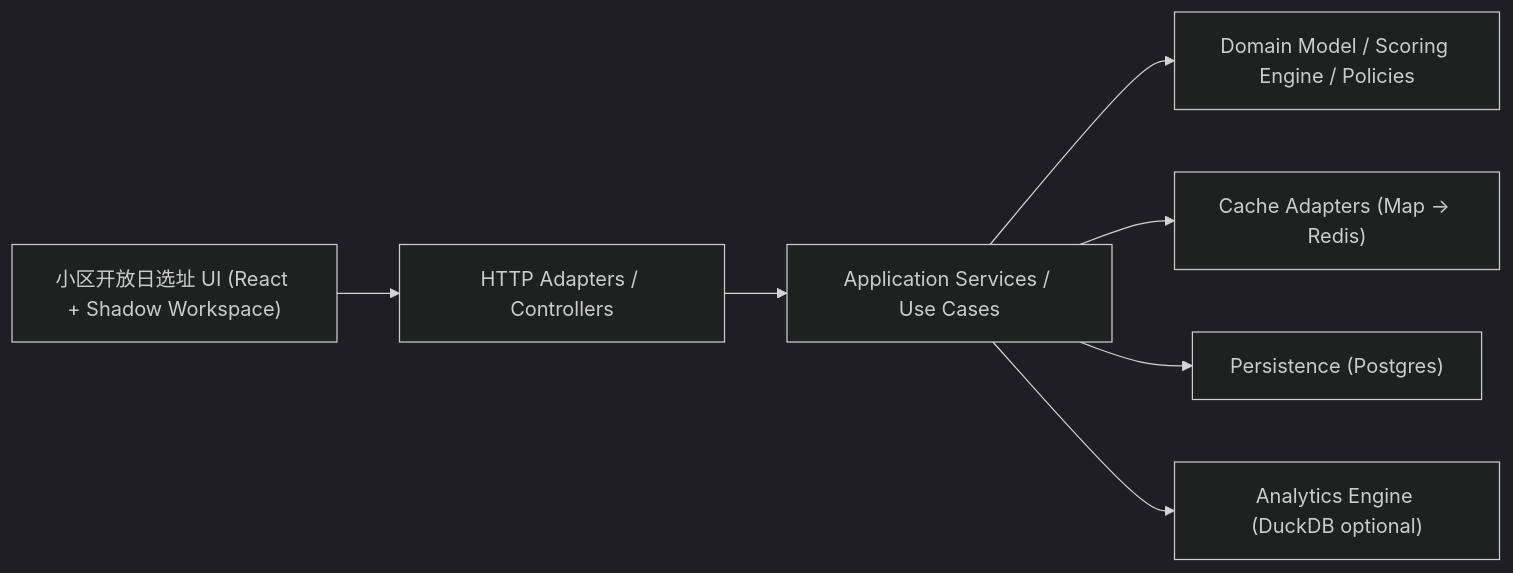
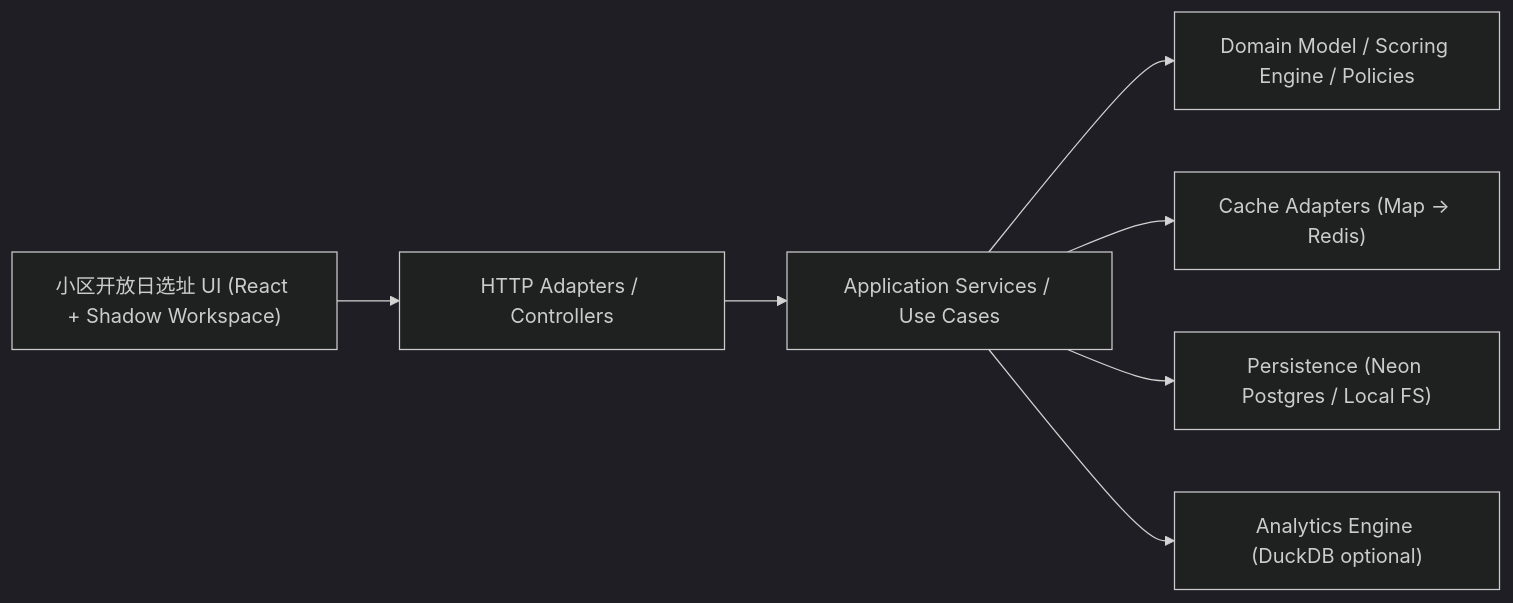
Before and after one commit to jiaqi015/KeGame-hub: the diagram in docs/open-day-ddd-architecture.md, drawn with Mermaid (dark theme). The commit also changed other lines of this file and 30 other files, not shown here.

````diff
--- a/docs/open-day-ddd-architecture.md
+++ b/docs/open-day-ddd-architecture.md
@@ -26,17 +26,17 @@
 ```mermaid
 flowchart LR
   UI["小区开放日选址 UI (React + Shadow Workspace)"]
   API["HTTP Adapters / Controllers"]
   APP["Application Services / Use Cases"]
   DOMAIN["Domain Model / Scoring Engine / Policies"]
   CACHE["Cache Adapters (Map -> Redis)"]
-  DB["Persistence (Postgres)"]
+  DB["Persistence (Neon Postgres / Local FS)"]
   ANALYTICS["Analytics Engine (DuckDB optional)"]
 
   UI --> API
   API --> APP
   APP --> DOMAIN
   APP --> CACHE
   APP --> DB
   APP --> ANALYTICS
 ```
````
